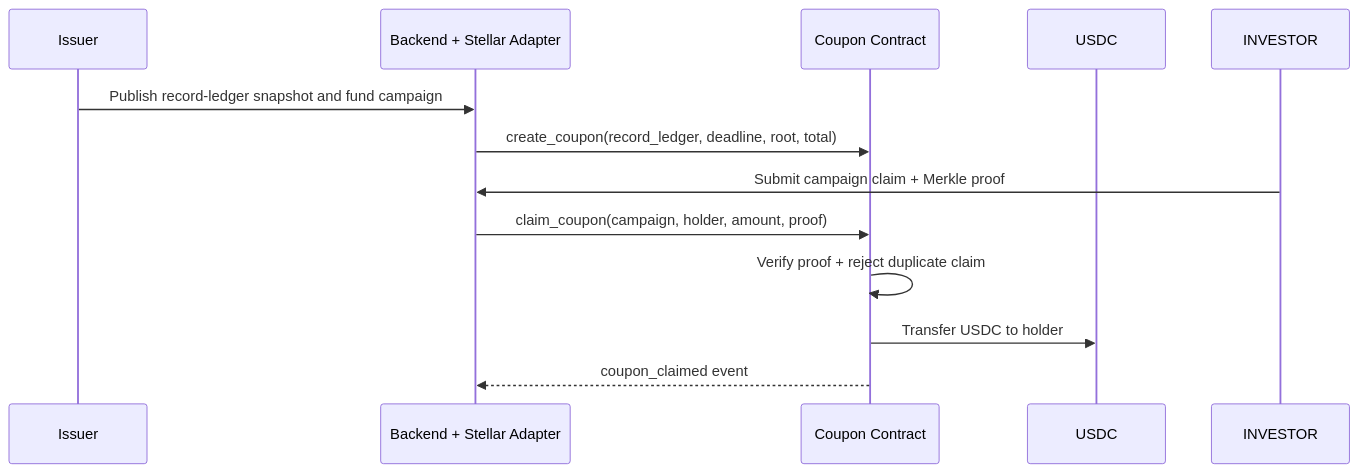
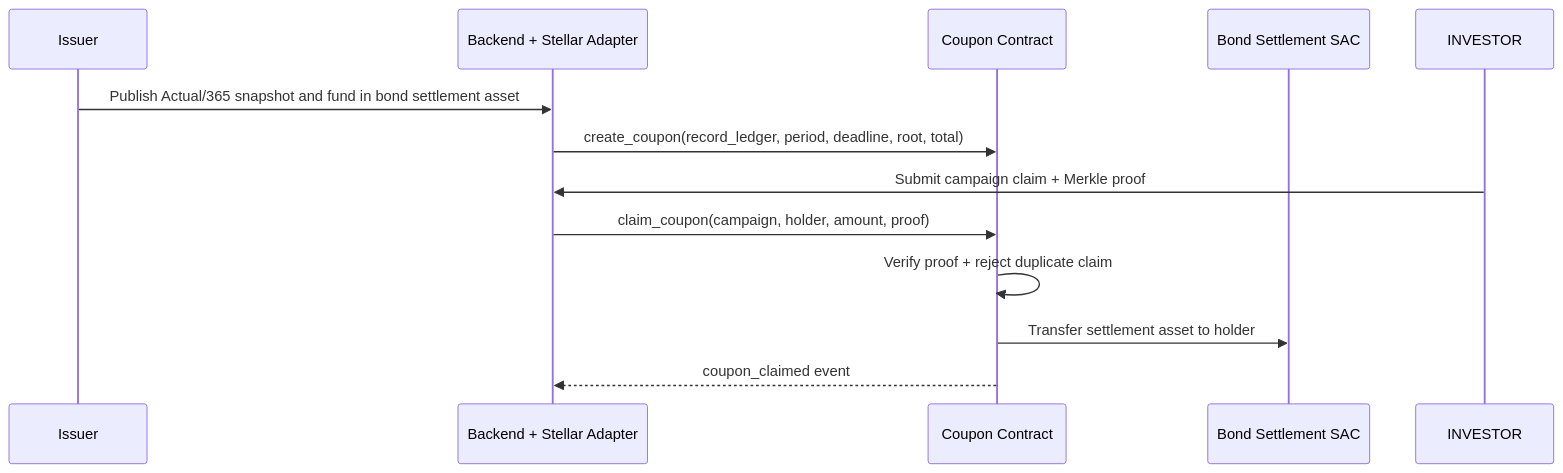
One commit to RenewableEnergyBond/soroban-green-bond changed the fourth of 4 diagrams in ARCHITECTURE.md. Above: the diagram before and after it, drawn with Mermaid. The commit also changed other lines of this file and 3 other files, not shown here.

Commit message:
docs: record coupon settlement and snapshot ADR

````diff
--- a/ARCHITECTURE.md
+++ b/ARCHITECTURE.md
@@ -189,15 +189,15 @@
 ```mermaid
 sequenceDiagram
     participant I as Issuer
     participant B as Backend + Stellar Adapter
     participant CR as Coupon Contract
-    participant U as USDC
+    participant U as Bond Settlement SAC
 
-    I->>B: Publish record-ledger snapshot and fund campaign
-    B->>CR: create_coupon(record_ledger, deadline, root, total)
+    I->>B: Publish Actual/365 snapshot and fund in bond settlement asset
+    B->>CR: create_coupon(record_ledger, period, deadline, root, total)
     INVESTOR->>B: Submit campaign claim + Merkle proof
     B->>CR: claim_coupon(campaign, holder, amount, proof)
     CR->>CR: Verify proof + reject duplicate claim
-    CR->>U: Transfer USDC to holder
+    CR->>U: Transfer settlement asset to holder
     CR-->>B: coupon_claimed event
 ```
````
